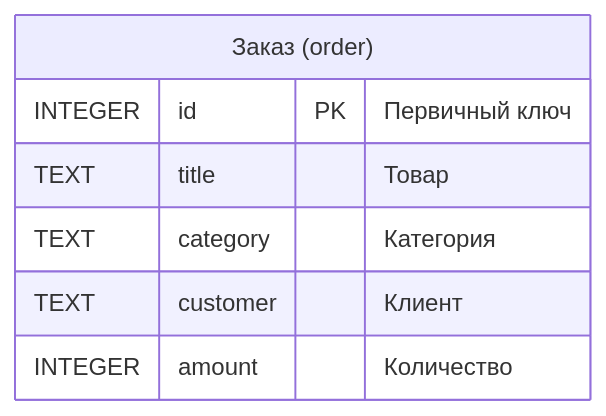
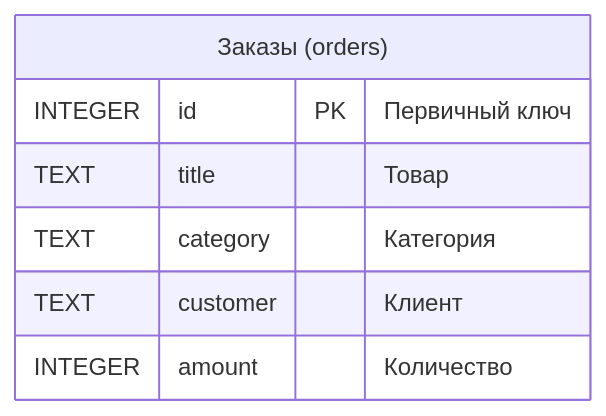
One commit to vshp-online/it.vshp.online changed the diagram in disciplines/it03/lectures/includes/fashion_orders_db/fashion_orders.mermaid. Above: the diagram before and after it, drawn with Mermaid. The commit also changed 8 other files, not shown here.

```diff
--- a/disciplines/it03/lectures/includes/fashion_orders_db/fashion_orders.mermaid
+++ b/disciplines/it03/lectures/includes/fashion_orders_db/fashion_orders.mermaid
@@ -1,9 +1,9 @@
 erDiagram
   %% Заказы fashion-ритейла
-  orders["Заказ (order)"] {
+  orders["Заказы (orders)"] {
     INTEGER    id PK       "Первичный ключ"
     TEXT       title       "Товар"
     TEXT       category    "Категория"
     TEXT       customer    "Клиент"
     INTEGER    amount      "Количество"
   }
```
